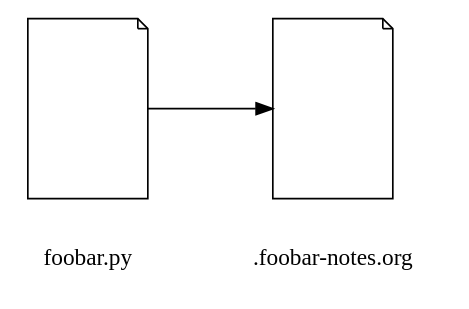
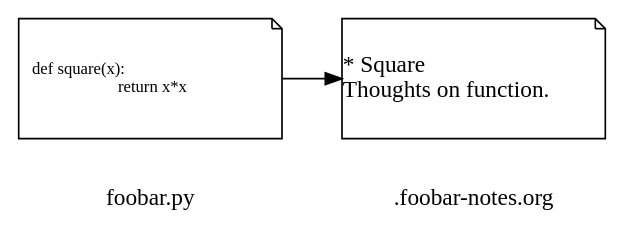
One commit to howardabrams/hamacs changed the diagram in ha-code-notes.org. Above: the diagram before and after it, drawn with Graphviz. The commit also changed 1 other file, not shown here.

Commit message:
Include illustration in code-notes

```diff
--- a/ha-code-notes.org
+++ b/ha-code-notes.org
@@ -35,19 +35,19 @@
 #+begin_src dot :file ha-code-notes-illustration.png :results file :exports results
   digraph G {
     rankdir=LR;
     // Make to icons side-by-side
-    code_file [shape=note, label="", fixedsize=true, width=1, height=1.5];
-    note_file [shape=note, label="", fixedsize=true, width=1, height=1.5];
+    code_file [shape=note, label="def square(x):\l  return x*x", fontname="Inconsolata", fixedsize=true, width=2.2, height=1, fontsize=10];
+    note_file [shape=note, label="* Square\lThoughts on function.\l", fixedsize=true, width=2.2, height=1];
 
     // Create a couple of label to live _below_ the icons:
     code_label [shape=plaintext, label="foobar.py"];
     note_label [shape=plaintext, label=".foobar-notes.org"];
     { rank=same; code_file; code_label; }
     { rank=same; note_file; note_label; }
     code_file -> code_label [style=invis];
     note_file -> note_label [style=invis];
 
     // Connect the code and note icons:
     code_file -> note_file;
   }
 #+end_src
```
